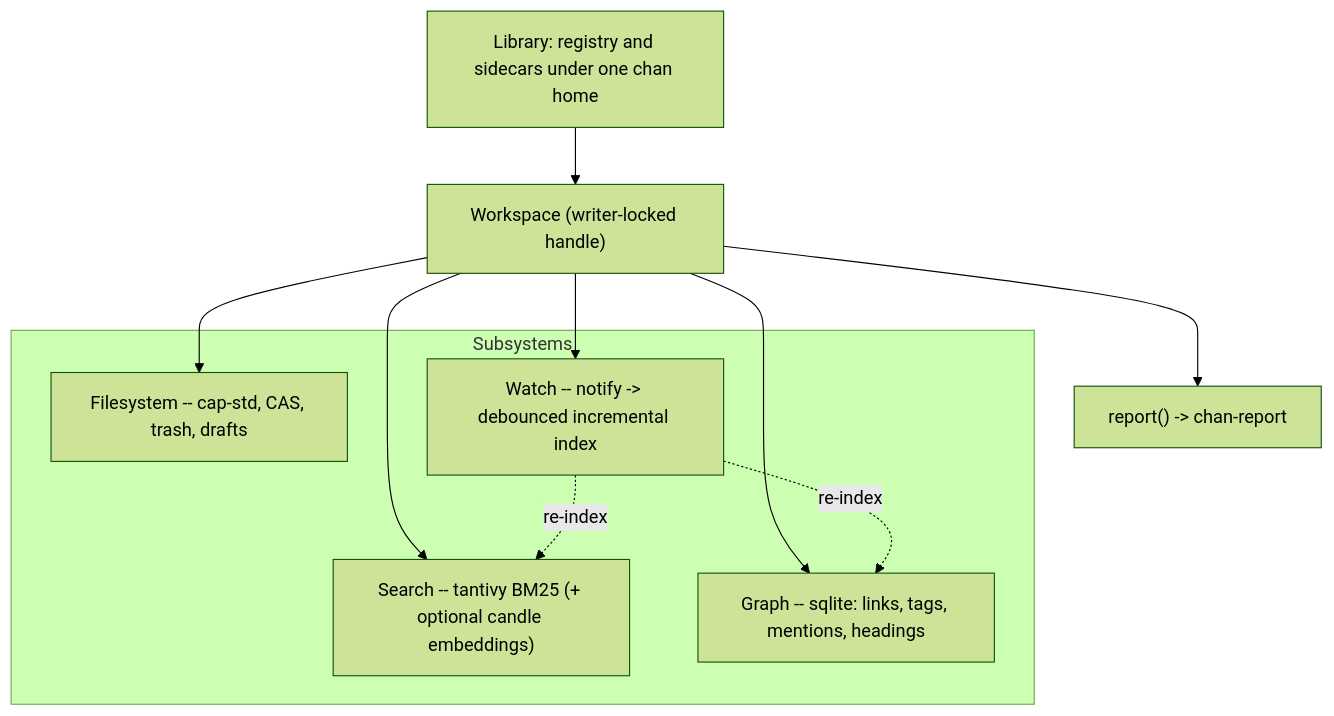
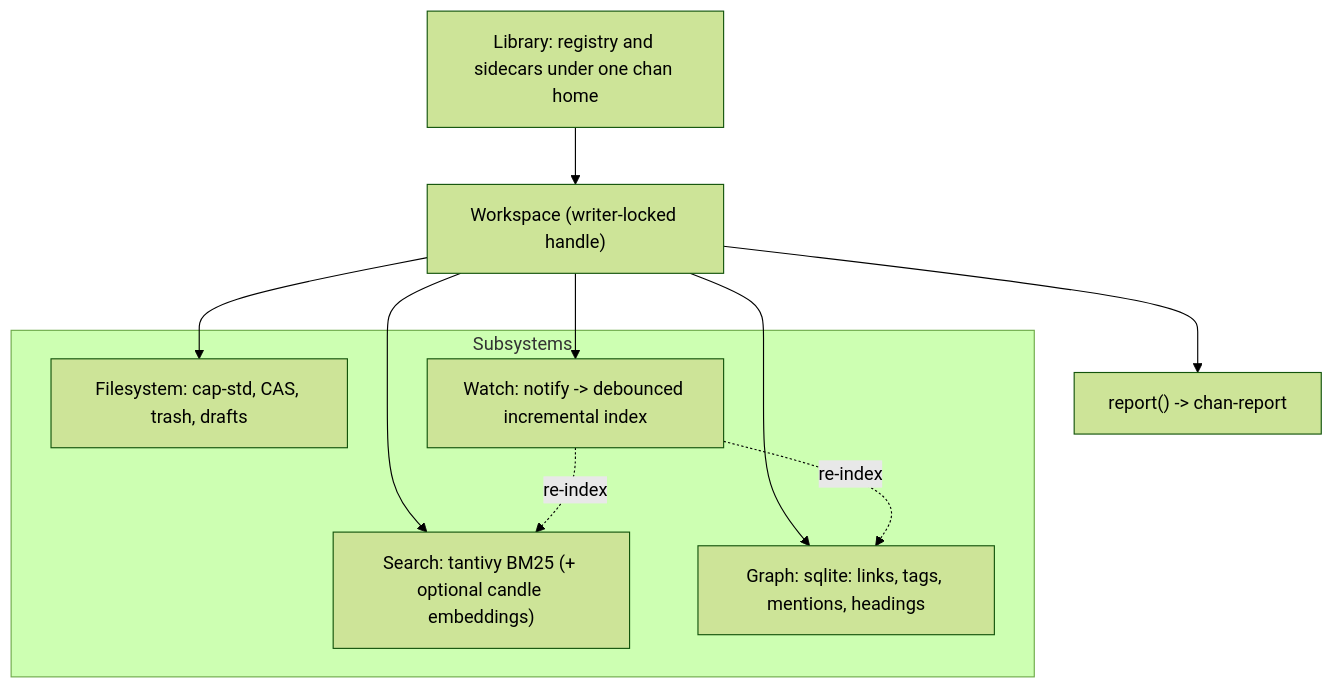
One commit to fiorix/chan changed the first of 4 diagrams in crates/chan-workspace/design.md. Above: the diagram before and after it, drawn with Mermaid (forest theme). The commit also changed other lines of this file and 22 other files, not shown here.

````diff
--- a/crates/chan-workspace/design.md
+++ b/crates/chan-workspace/design.md
@@ -36,17 +36,17 @@
 ```mermaid
 flowchart TB
   Lib["Library: registry and sidecars under one chan home"] --> WS["Workspace (writer-locked handle)"]
   subgraph Subsystems
-    FS["Filesystem -- cap-std, CAS, trash, drafts"]
-    Search["Search -- tantivy BM25 (+ optional candle embeddings)"]
-    Graph["Graph -- sqlite: links, tags, mentions, headings"]
-    Watch["Watch -- notify -> debounced incremental index"]
+    FS["Filesystem: cap-std, CAS, trash, drafts"]
+    Search["Search: tantivy BM25 (+ optional candle embeddings)"]
+    Graph["Graph: sqlite: links, tags, mentions, headings"]
+    Watch["Watch: notify -> debounced incremental index"]
   end
   WS --> FS
   WS --> Search
   WS --> Graph
   WS --> Watch
   Watch -. re-index .-> Search
   Watch -. re-index .-> Graph
   WS --> Report["report() -> chan-report"]
 ```
````
